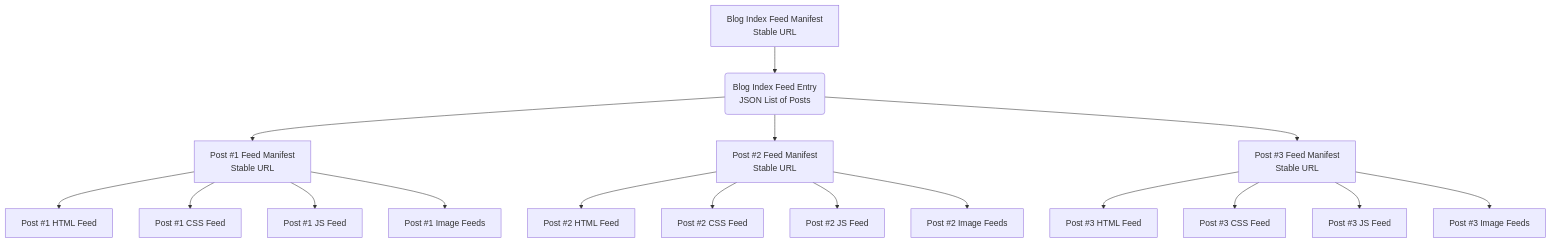
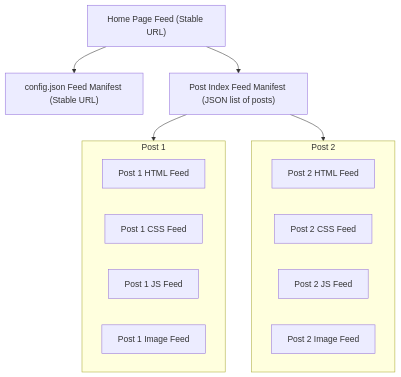
Before and after one commit to ethersphere/bee-docs: the first of 2 diagrams in docs/develop/dynamic-content.md, drawn with Mermaid. The commit also changed other lines of this file, not shown here.

````diff
--- a/docs/develop/dynamic-content.md
+++ b/docs/develop/dynamic-content.md
@@ -139,25 +139,22 @@
 ```mermaid
-flowchart TD
-
-    A[Blog Index Feed Manifest<br/>Stable URL] --> B(Blog Index Feed Entry<br/>JSON List of Posts)
-
-    B --> C1[Post #1 Feed Manifest<br/>Stable URL]
-    B --> C2[Post #2 Feed Manifest<br/>Stable URL]
-    B --> C3[Post #3 Feed Manifest<br/>Stable URL]
-
-    C1 --> D1A[Post #1 HTML Feed]
-    C1 --> D1B[Post #1 CSS Feed]
-    C1 --> D1C[Post #1 JS Feed]
-    C1 --> D1D[Post #1 Image Feeds]
-
-    C2 --> D2A[Post #2 HTML Feed]
-    C2 --> D2B[Post #2 CSS Feed]
-    C2 --> D2C[Post #2 JS Feed]
-    C2 --> D2D[Post #2 Image Feeds]
-
-    C3 --> D3A[Post #3 HTML Feed]
-    C3 --> D3B[Post #3 CSS Feed]
-    C3 --> D3C[Post #3 JS Feed]
-    C3 --> D3D[Post #3 Image Feeds]
-
+flowchart TB
+    A["Home Page Feed (Stable URL)"]
+    B["config.json Feed Manifest (Stable URL)"]
+    C["Post Index Feed Manifest (JSON list of posts)"]
+    A --> B
+    A --> C
+    subgraph Post1["Post 1"]
+        P1HTML["Post 1 HTML Feed"]
+        P1CSS["Post 1 CSS Feed"]
+        P1JS["Post 1 JS Feed"]
+        P1IMG["Post 1 Image Feed"]
+    end
+    subgraph Post2["Post 2"]
+        P2HTML["Post 2 HTML Feed"]
+        P2CSS["Post 2 CSS Feed"]
+        P2JS["Post 2 JS Feed"]
+        P2IMG["Post 2 Image Feed"]
+    end
+    C --> Post1
+    C --> Post2
 ```
````
